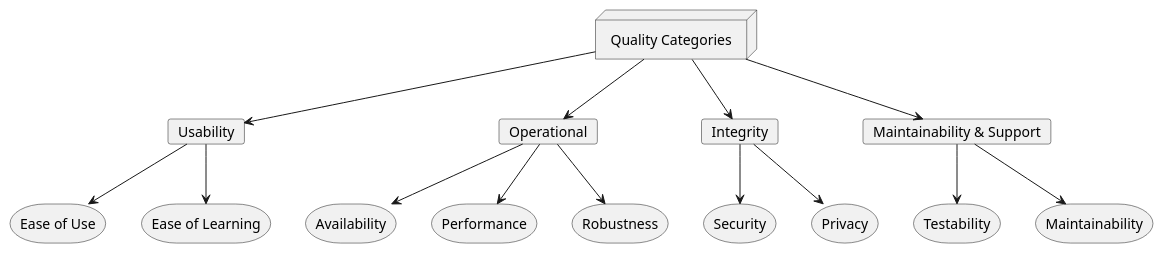
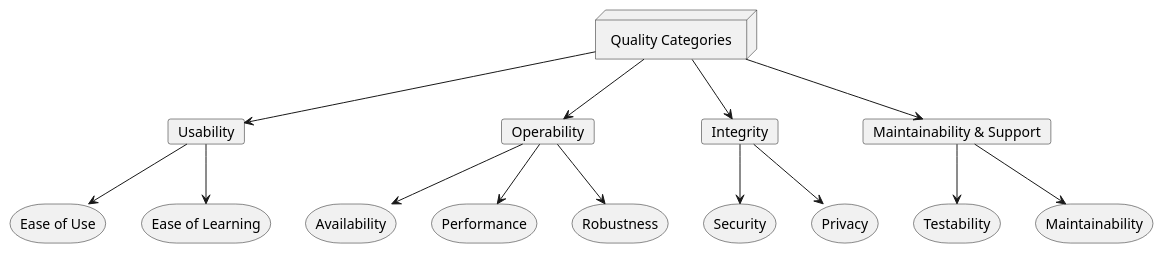
The diagram in docs/10_quality_scenarios.adoc (Arquisoft/lomap_en1a), drawn with PlantUML before and after one commit. The commit also changed other lines of this file and 1 other file, not shown here.

Commit message:
Documentation fixes

```diff
--- a/docs/10_quality_scenarios.adoc
+++ b/docs/10_quality_scenarios.adoc
@@ -8,41 +8,41 @@
 [plantuml, "Quality Tree", svg]
 ----
 @startuml
 node Quality as "Quality Categories"
 
 card Usability
 storage EoU as "Ease of Use"
 storage EoL as "Ease of Learning"
 
-card Operational
+card Operability
 storage Availability
 storage Performance
 storage Robustness
 
 card Integrity
 storage Sec as "Security"
 storage Priv as "Privacy"
 
 card MaS as "Maintainability & Support"
 storage Testability
 storage Maintainability
 
-Quality -d-> Operational
+Quality -d-> Operability
 Quality -d-> Integrity
 Quality -d-> Usability
 Quality -d-> MaS
 
 Usability -d-> EoU
 Usability -d-> EoL
 
-Operational -d-> Availability
-Operational -d-> Performance
-Operational -d-> Robustness
+Operability -d-> Availability
+Operability -d-> Performance
+Operability -d-> Robustness
 
 Integrity -d-> Sec
 Integrity -d-> Priv
 
 MaS -d-> Maintainability
 MaS -d-> Testability
 @enduml
 ----
```
